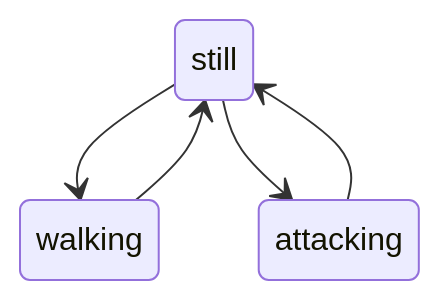
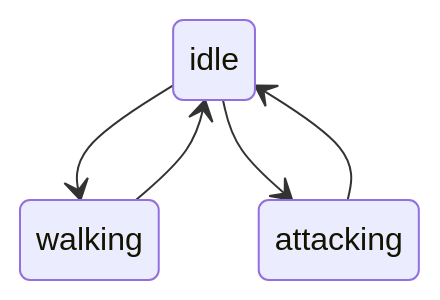
One commit to glyph-cat/cotton-box changed the diagram in src/packages/docs/docs/api/core/SimpleFiniteStateManager.mdx. Above: the diagram before and after it, drawn with Mermaid. The commit also changed other lines of this file and 4 other files, not shown here.

````diff
--- a/src/packages/docs/docs/api/core/SimpleFiniteStateManager.mdx
+++ b/src/packages/docs/docs/api/core/SimpleFiniteStateManager.mdx
@@ -71,7 +71,7 @@
 ```mermaid
 stateDiagram-v2
-  still --> walking
-  still --> attacking
-  walking --> still
-  attacking --> still
+  idle --> walking
+  idle --> attacking
+  walking --> idle
+  attacking --> idle
 ```
````
